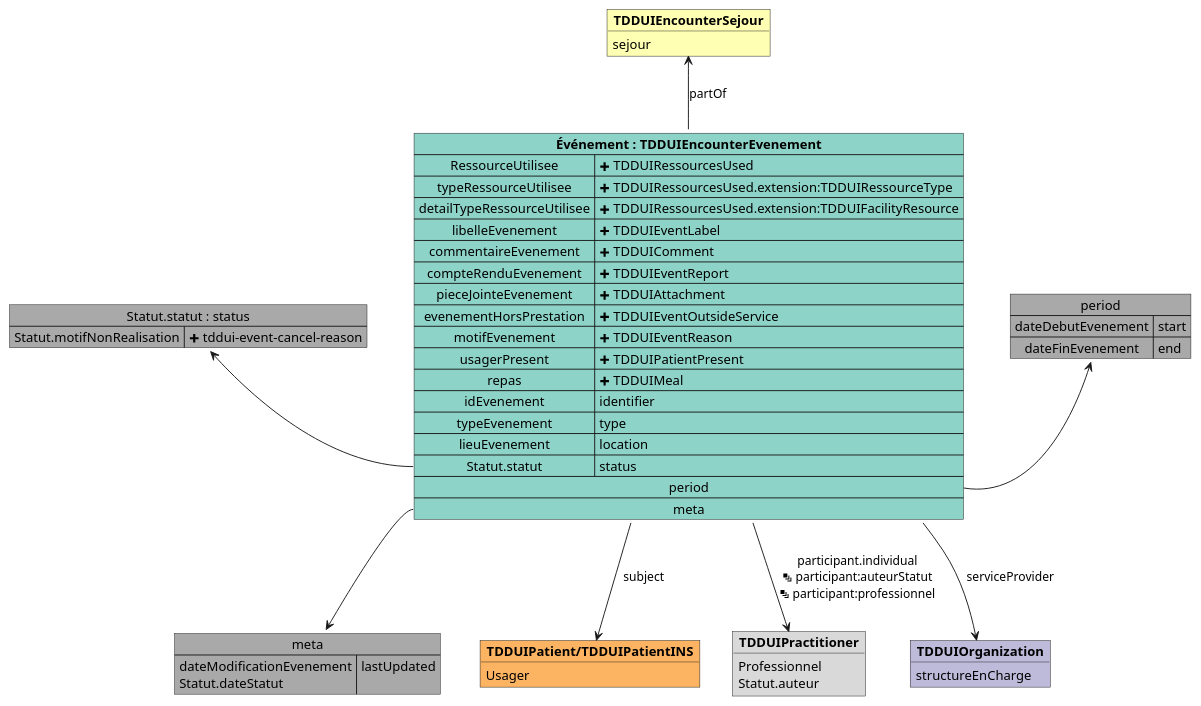
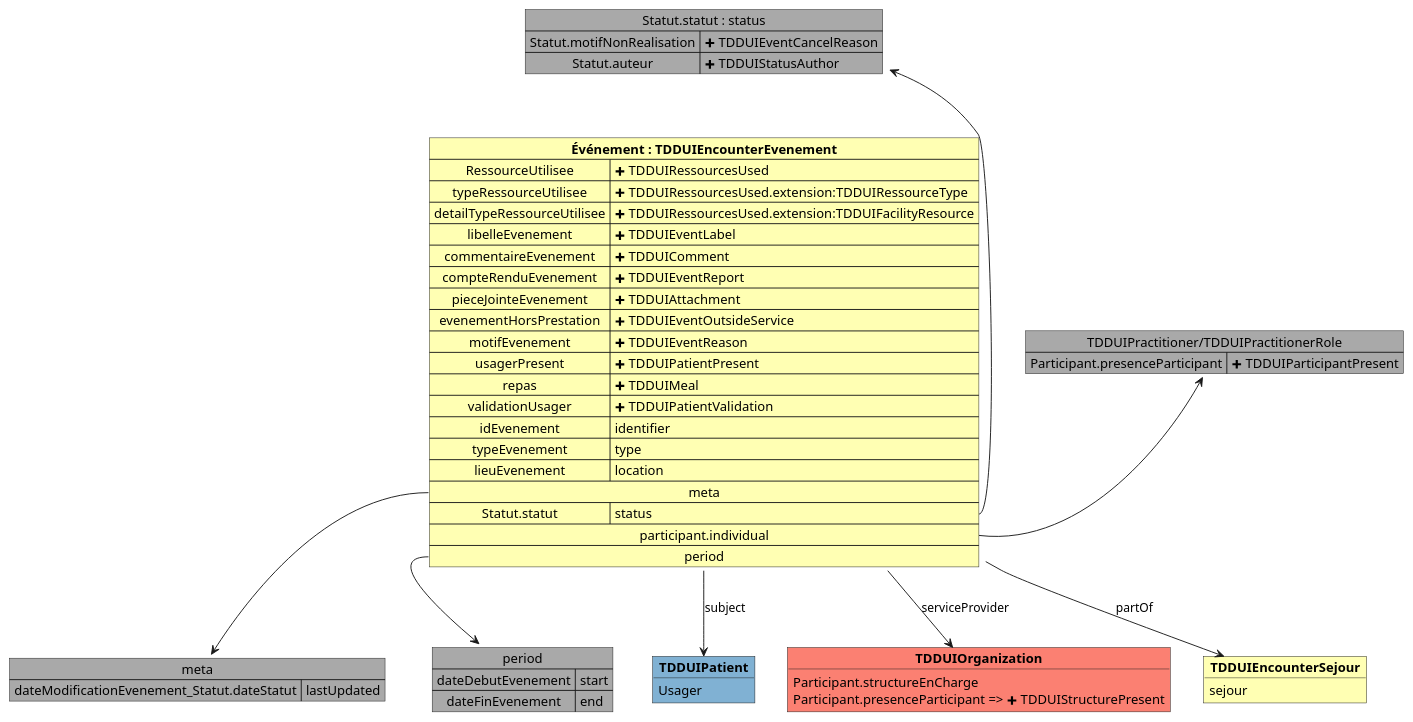
One commit to ansforge/IG-fhir-medicosocial-transfert-donnees-dui changed the diagram in input/images-source/mapping_TDDUIEncounterEvenement.plantuml. Above: the diagram before and after it, drawn with PlantUML. The commit also changed 8 other files, not shown here.

```diff
--- a/input/images-source/mapping_TDDUIEncounterEvenement.plantuml
+++ b/input/images-source/mapping_TDDUIEncounterEvenement.plantuml
@@ -1,60 +1,62 @@
 @startuml
 
 map "meta" as meta #DarkGray {
-    dateModificationEvenement\nStatut.dateStatut => lastUpdated
+    dateModificationEvenement_Statut.dateStatut => lastUpdated
 }
 
 map "Statut.statut : status" as Statutstatut #DarkGray {
-    Statut.motifNonRealisation => <&plus> tddui-event-cancel-reason
+    Statut.motifNonRealisation => <&plus> TDDUIEventCancelReason
+    Statut.auteur => <&plus> TDDUIStatusAuthor
+}
+
+map "TDDUIPractitioner/TDDUIPractitionerRole" as participant #DarkGray {
+    Participant.presenceParticipant => <&plus> TDDUIParticipantPresent
 }
 
 map "period" as period #DarkGray {
     dateDebutEvenement => start
     dateFinEvenement => end
 }
 
-object "**TDDUIPatient/TDDUIPatientINS**" as TDDUIPatient #fdb462 {
+object "**TDDUIPatient**" as TDDUIPatient_subject #80b1d3 {
     Usager
 }
 
-object "**TDDUIPractitioner**" as TDDUIPractitioner #d9d9d9 {
-    Professionnel
-    Statut.auteur
+object "**TDDUIOrganization**" as TDDUIOrganization_serviceProvider #fb8072 {
+    Participant.structureEnCharge
+    Participant.presenceParticipant => <&plus> TDDUIStructurePresent
 }
 
-object "**TDDUIOrganization**" as TDDUIOrganization #bebada {
-    structureEnCharge
-}
-
-object "**TDDUIEncounterSejour**" as TDDUIEncounterSejour #ffffb3 {
+object "**TDDUIEncounterSejour**" as TDDUIEncounterSejour_partOf #ffffb3 {
     sejour
 }
 
-map "**Événement : TDDUIEncounterEvenement**" as Événement #8dd3c7 {
+map "**Événement : TDDUIEncounterEvenement**" as Événement #ffffb3 {
     RessourceUtilisee => <&plus> TDDUIRessourcesUsed
     typeRessourceUtilisee => <&plus> TDDUIRessourcesUsed.extension:TDDUIRessourceType
     detailTypeRessourceUtilisee => <&plus> TDDUIRessourcesUsed.extension:TDDUIMaterialDetail
     detailTypeRessourceUtilisee => <&plus> TDDUIRessourcesUsed.extension:TDDUIFacilityResource
     libelleEvenement => <&plus> TDDUIEventLabel
     commentaireEvenement => <&plus> TDDUIComment
     compteRenduEvenement => <&plus> TDDUIEventReport
     pieceJointeEvenement => <&plus> TDDUIAttachment
     evenementHorsPrestation => <&plus> TDDUIEventOutsideService
     motifEvenement => <&plus> TDDUIEventReason
     usagerPresent => <&plus> TDDUIPatientPresent
     repas => <&plus> TDDUIMeal
+    validationUsager => <&plus> TDDUIPatientValidation
     idEvenement => identifier
     typeEvenement => type
     lieuEvenement => location
-    Statut.statut => status    
-    period *-> period
     meta *--> meta
+    Statut.statut => status
+    participant.individual *-> participant
+    period *--> period
 }
 
-Événement::Statut.statut -l-> Statutstatut
-Événement --> TDDUIPatient : subject
-Événement --> TDDUIPractitioner : participant.individual\n<&layers> participant:auteurStatut\n<&layers> participant:professionnel
-Événement --> TDDUIOrganization : serviceProvider
-Événement -u-> TDDUIEncounterSejour : partOf
+Événement::Statut.statut -u-> Statutstatut
+Événement -d-> TDDUIPatient_subject : subject
+Événement -d-> TDDUIOrganization_serviceProvider : serviceProvider
+Événement -d-> TDDUIEncounterSejour_partOf : partOf
 
 @enduml
```
